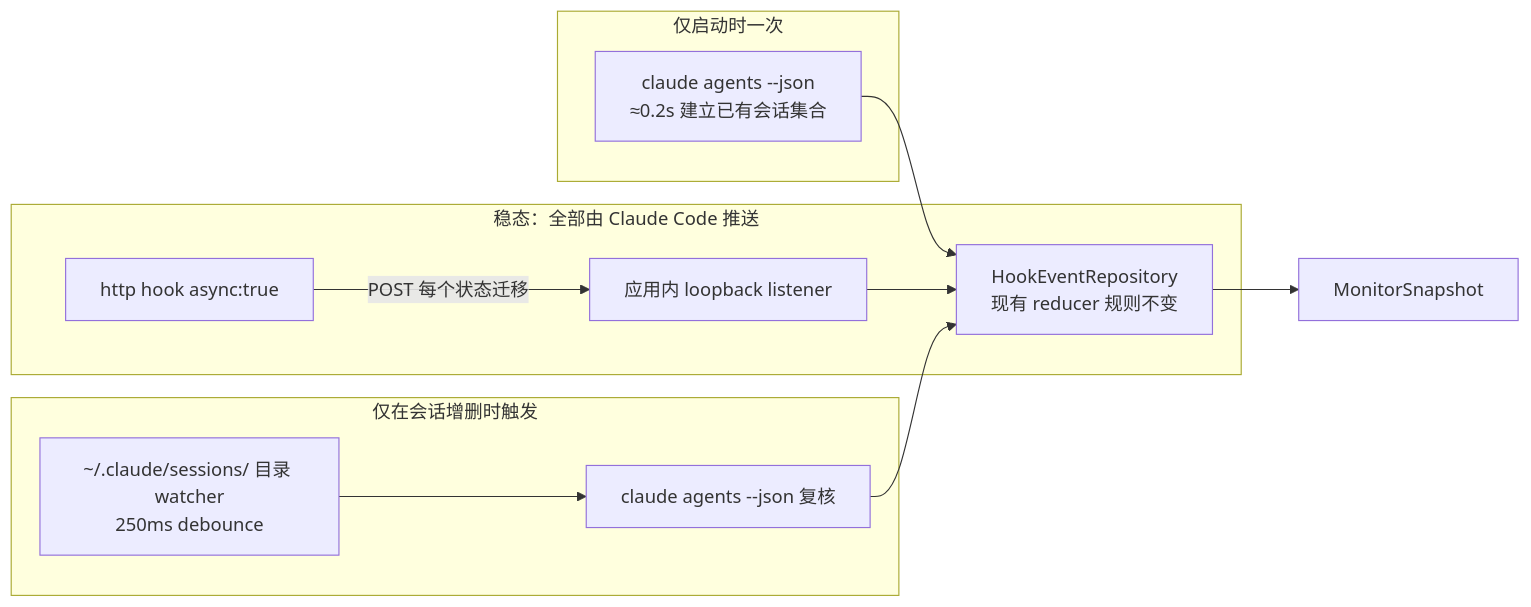
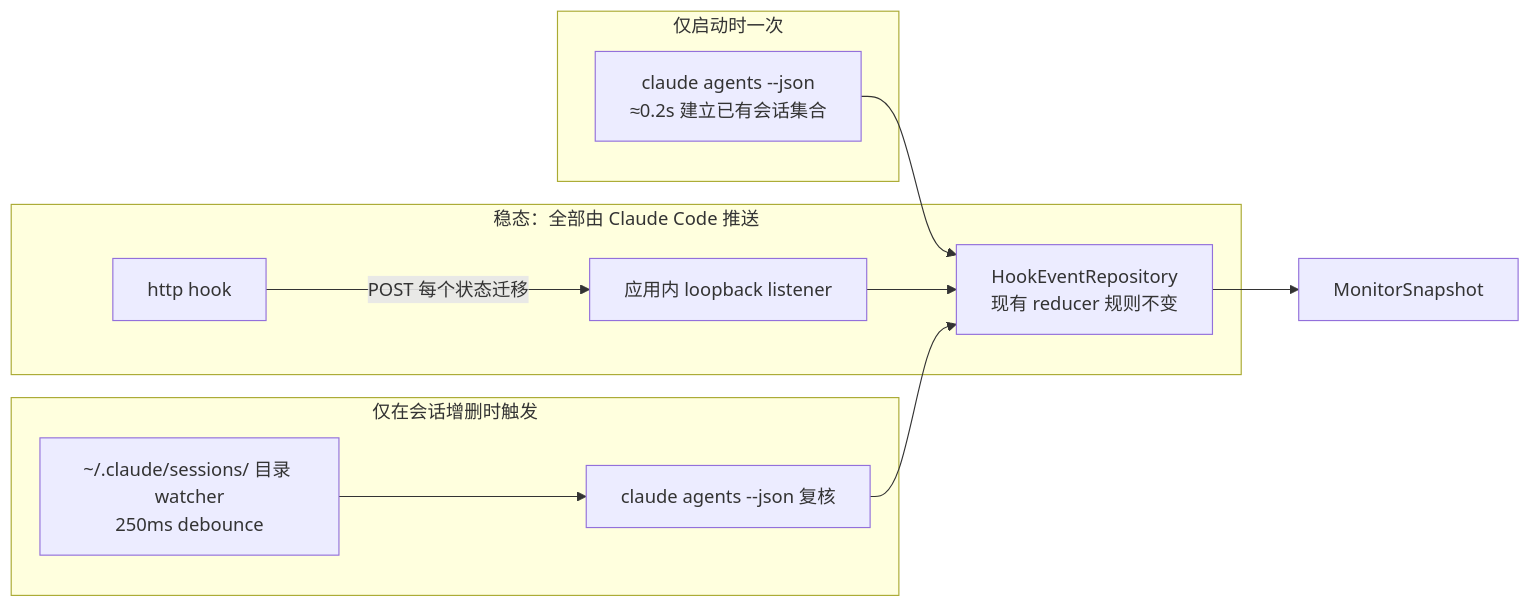
Before and after one commit to soondubu137/notchline: the third of 3 diagrams in docs/technical-explorations/claude-code-support/README.md, drawn with Mermaid. The commit also changed other lines of this file and 7 other files, not shown here.

````diff
--- a/docs/technical-explorations/claude-code-support/README.md
+++ b/docs/technical-explorations/claude-code-support/README.md
@@ -272,24 +272,24 @@
 ```mermaid
 flowchart LR
     subgraph launch ["仅启动时一次"]
         cold["claude agents --json\n≈0.2s 建立已有会话集合"]
     end
 
     subgraph push ["稳态：全部由 Claude Code 推送"]
-        hooks["http hook async:true"]
+        hooks["http hook"]
         listener["应用内 loopback listener"]
         reducer["HookEventRepository\n现有 reducer 规则不变"]
     end
 
     subgraph watch ["仅在会话增删时触发"]
         watcher["~/.claude/sessions/ 目录 watcher\n250ms debounce"]
         recheck["claude agents --json 复核"]
     end
 
     cold --> reducer
     hooks -->|"POST 每个状态迁移"| listener
     listener --> reducer
     watcher --> recheck
     recheck --> reducer
     reducer --> snapshot["MonitorSnapshot"]
 ```
````
